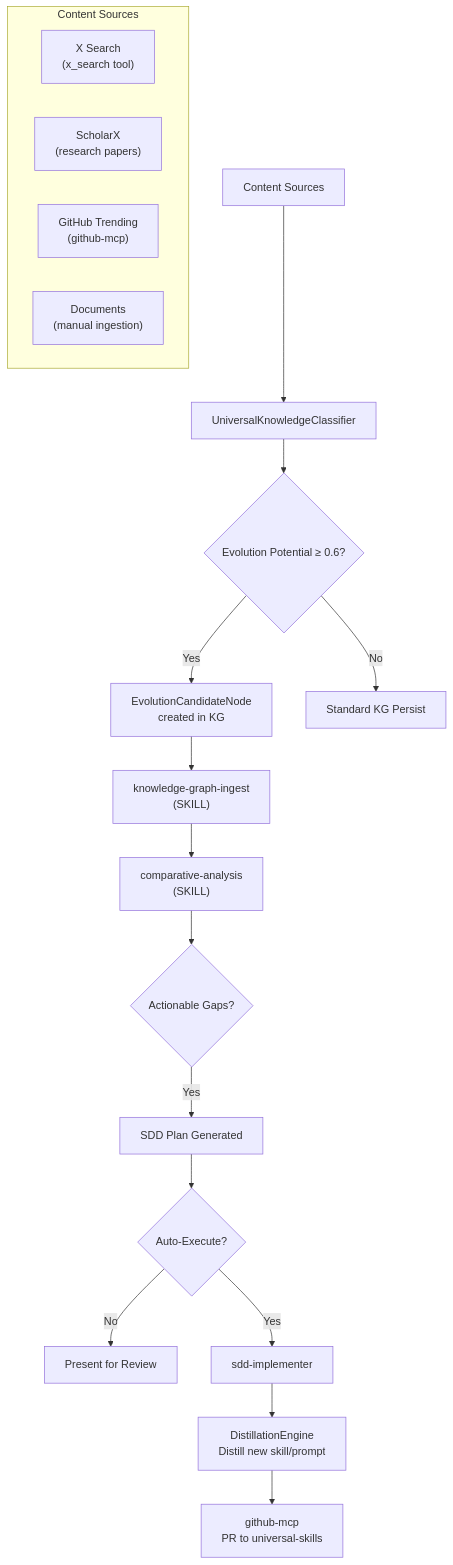
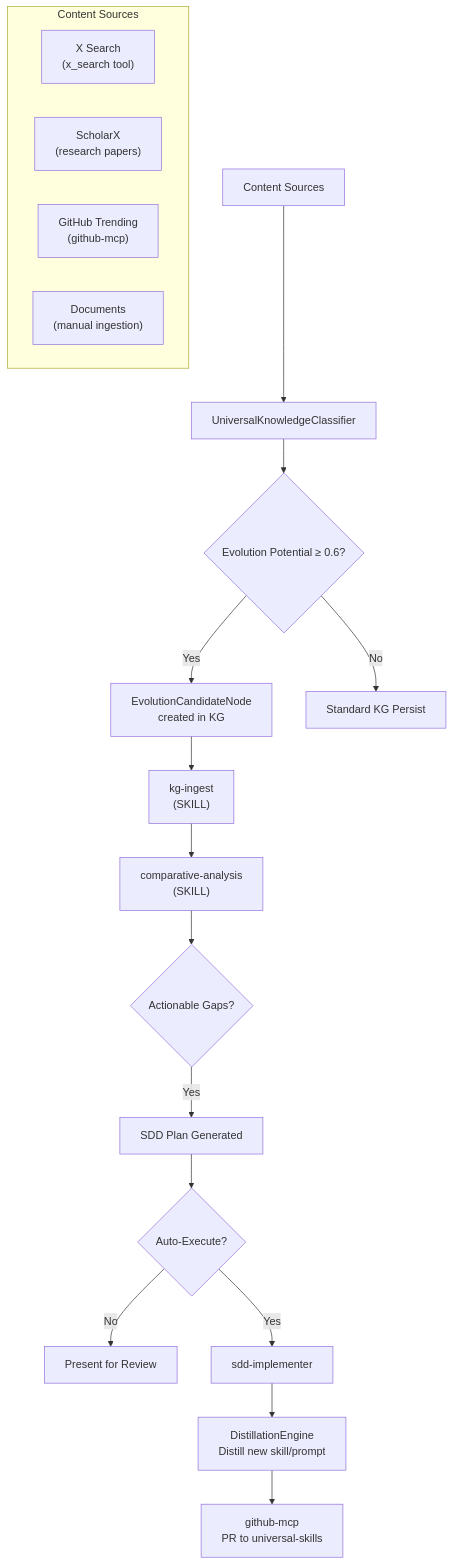
Before and after one commit to Knuckles-Team/agent-utilities: the diagram in docs/guides/knowledge-assimilation.md, drawn with Mermaid. The commit also changed 15 other files, not shown here.

Commit message:
refactor(skills): atomic rename knowledge-graph-ingest→kg-ingest, concept-node-extractor→kg-extract-concepts, kg-report-persister→kg-persist-report (OS-5.80)

````diff
--- a/docs/guides/knowledge-assimilation.md
+++ b/docs/guides/knowledge-assimilation.md
@@ -20,23 +20,23 @@
 ```mermaid
 graph TD
     A["Content Sources"] --> B["UniversalKnowledgeClassifier"]
     B --> C{Evolution Potential ≥ 0.6?}
     C -->|Yes| D["EvolutionCandidateNode\ncreated in KG"]
-    D --> E["knowledge-graph-ingest\n(SKILL)"]
+    D --> E["kg-ingest\n(SKILL)"]
     E --> F["comparative-analysis\n(SKILL)"]
     F --> G{Actionable Gaps?}
     G -->|Yes| H["SDD Plan Generated"]
     H --> I{Auto-Execute?}
     I -->|No| J["Present for Review"]
     I -->|Yes| K["sdd-implementer"]
     K --> L["DistillationEngine\nDistill new skill/prompt"]
     L --> M["github-mcp\nPR to universal-skills"]
     C -->|No| N["Standard KG Persist"]
 
     subgraph "Content Sources"
         S1["X Search\n(x_search tool)"]
         S2["ScholarX\n(research papers)"]
         S3["GitHub Trending\n(github-mcp)"]
         S4["Documents\n(manual ingestion)"]
     end
 ```
````
